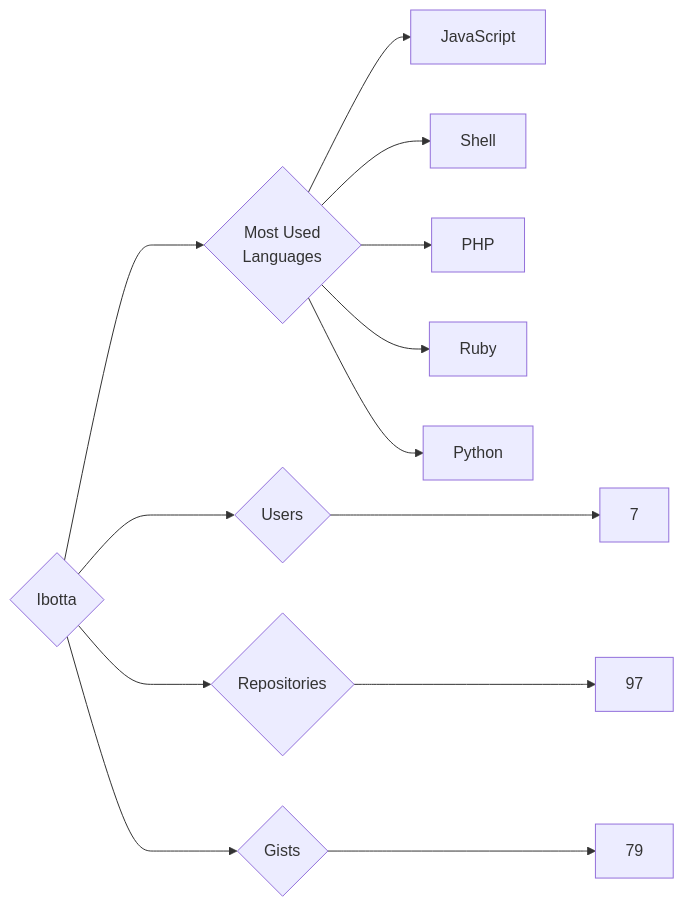
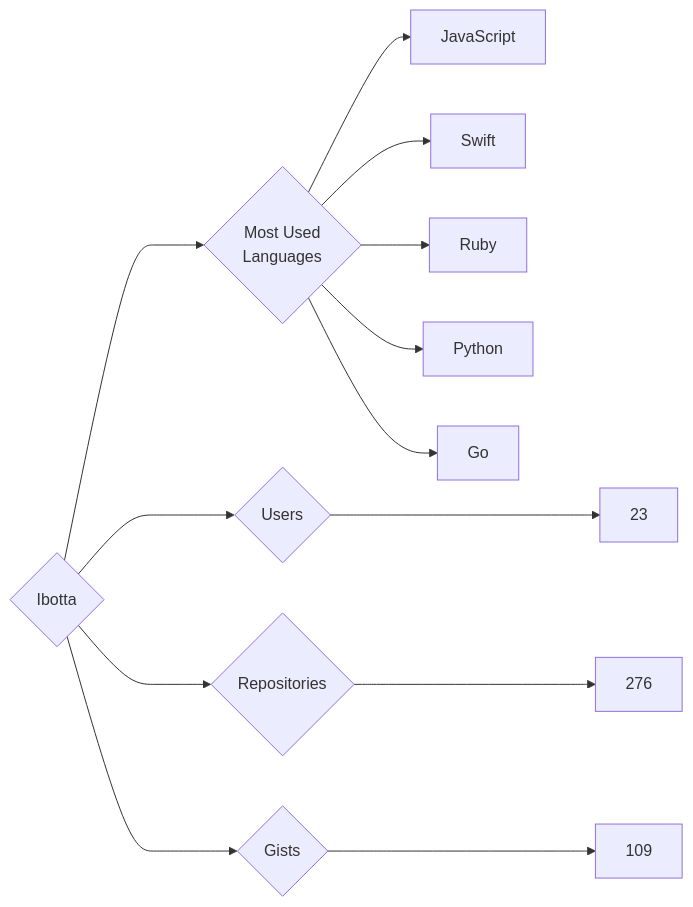
The diagram in targets/Ibotta/README.md (trickest/insiders), drawn with Mermaid before and after one commit. The commit also changed 953 other files, not shown here.

````diff
--- a/targets/Ibotta/README.md
+++ b/targets/Ibotta/README.md
@@ -3,13 +3,13 @@
 ```mermaid
 graph LR
 COMPANY_NAME{Ibotta}
-COMPANY_NAME ---> U{Users} ---> UN[7]
-COMPANY_NAME ---> R{Repositories} ---> RN[97]
-COMPANY_NAME ---> G{Gists} ---> GN[79]
+COMPANY_NAME ---> U{Users} ---> UN[23]
+COMPANY_NAME ---> R{Repositories} ---> RN[276]
+COMPANY_NAME ---> G{Gists} ---> GN[109]
 COMPANY_NAME ---> ML{Most Used<br>Languages}
 ML --> JavaScript[JavaScript]
-ML --> Shell[Shell]
-ML --> PHP[PHP]
+ML --> Swift[Swift]
 ML --> Ruby[Ruby]
 ML --> Python[Python]
+ML --> Go[Go]
 ```
````
